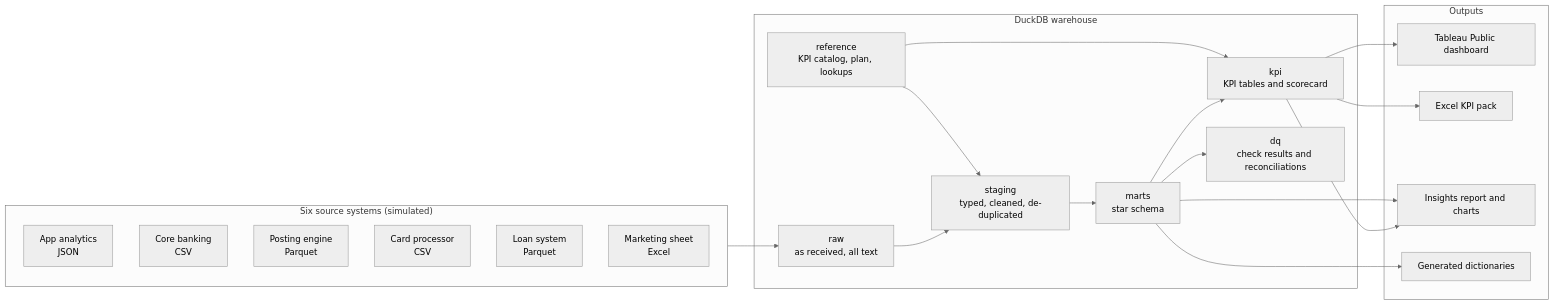
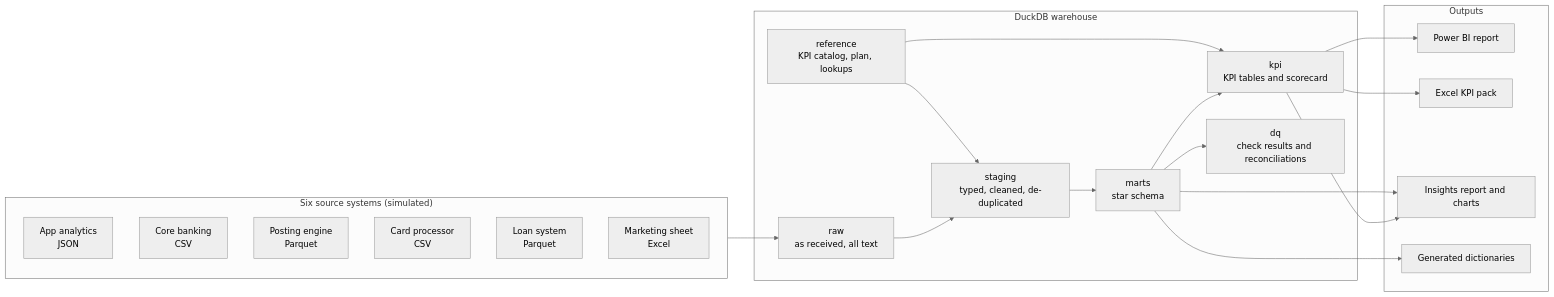
Before and after one commit to clarence1909/DigitalBankingBI_project: the diagram in docs/03_solution_design.md, drawn with Mermaid (neutral theme). The commit also changed other lines of this file and 106 other files, not shown here.

First line of the commit message:
Switch the dashboard to a Power BI report generated from code

````diff
--- a/docs/03_solution_design.md
+++ b/docs/03_solution_design.md
@@ -22,34 +22,34 @@
 ```mermaid
 flowchart LR
     subgraph sources["Six source systems (simulated)"]
         app["App analytics<br/>JSON"]
         core["Core banking<br/>CSV"]
         ledger["Posting engine<br/>Parquet"]
         cards["Card processor<br/>CSV"]
         loans["Loan system<br/>Parquet"]
         mkt["Marketing sheet<br/>Excel"]
     end
     subgraph warehouse["DuckDB warehouse"]
         raw["raw<br/>as received, all text"]
         stg["staging<br/>typed, cleaned, de-duplicated"]
         marts["marts<br/>star schema"]
         kpi["kpi<br/>KPI tables and scorecard"]
         dq["dq<br/>check results and reconciliations"]
         ref["reference<br/>KPI catalog, plan, lookups"]
     end
     subgraph outputs["Outputs"]
-        tableau["Tableau Public dashboard"]
+        powerbi["Power BI report"]
         excel["Excel KPI pack"]
         report["Insights report and charts"]
         docs["Generated dictionaries"]
     end
     sources --> raw --> stg --> marts --> kpi
     ref --> stg
     ref --> kpi
     marts --> dq
-    kpi --> tableau
+    kpi --> powerbi
     kpi --> excel
     kpi --> report
     marts --> report
     marts --> docs
 ```
````
